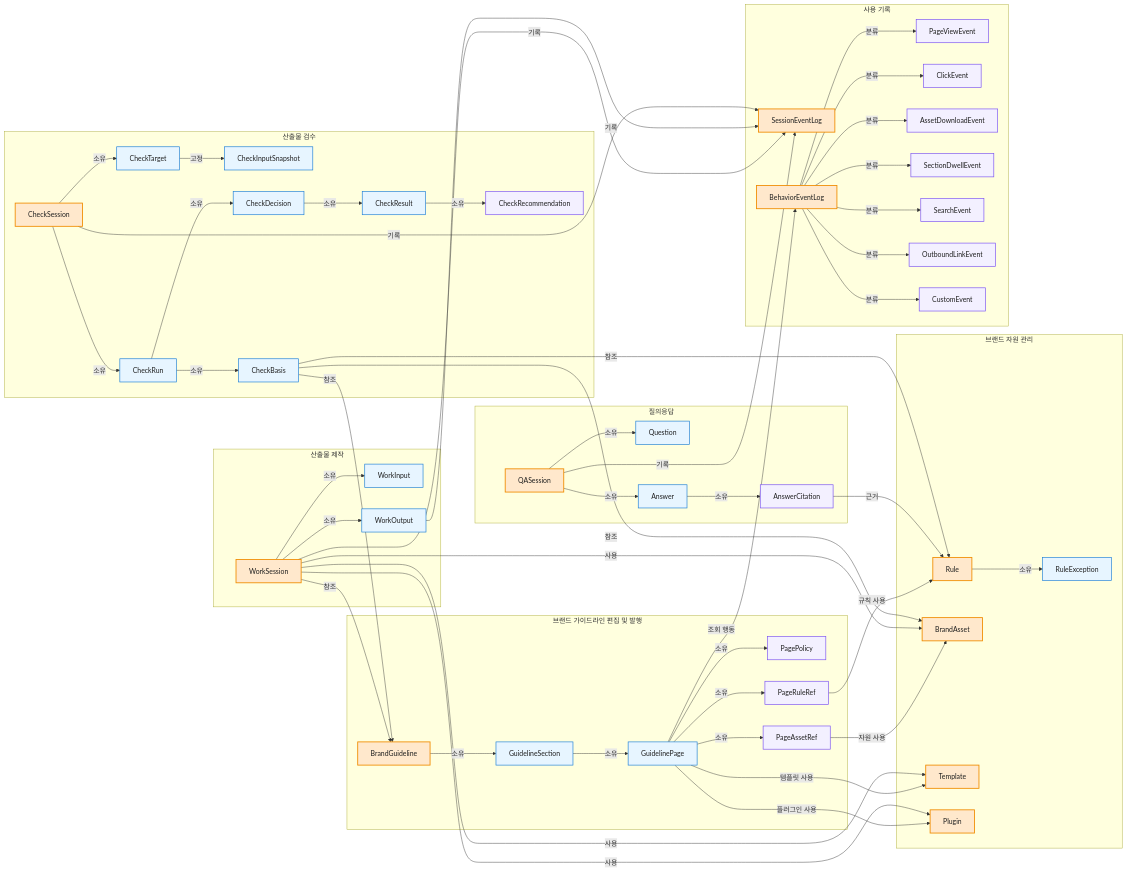
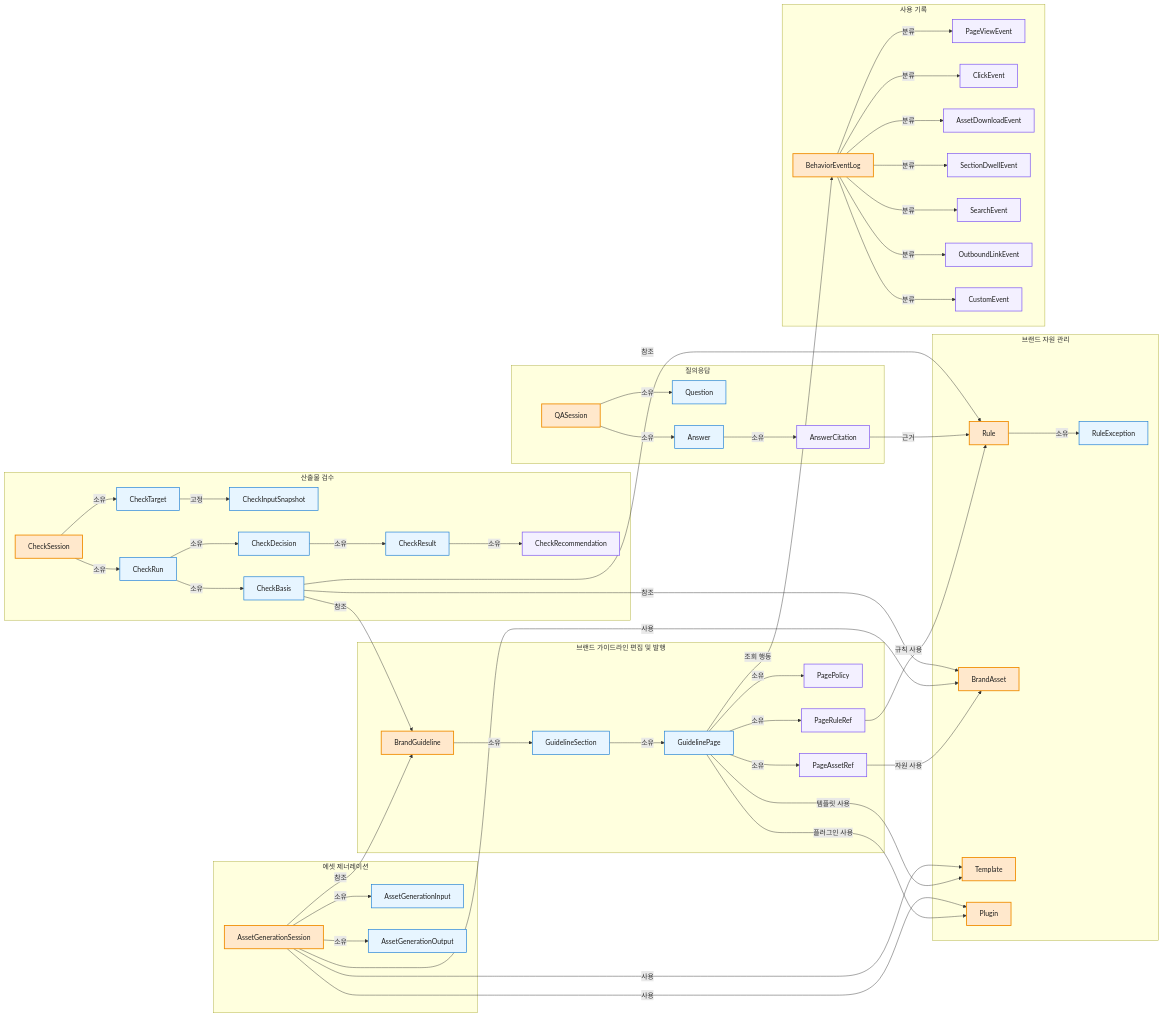
The second of 5 diagrams in docs/04-domain-model.md (ewoooo/living-brand-system), drawn with Mermaid before and after one commit. The commit also changed other lines of this file and 22 other files, not shown here.

````diff
--- a/docs/04-domain-model.md
+++ b/docs/04-domain-model.md
@@ -86,10 +86,10 @@
     Plugin["Plugin"]
   end
 
-  subgraph Production["산출물 제작"]
-    WorkSession["WorkSession"]
-    WorkInput["WorkInput"]
-    WorkOutput["WorkOutput"]
+  subgraph Production["에셋 제너레이션"]
+    AssetGenerationSession["AssetGenerationSession"]
+    AssetGenerationInput["AssetGenerationInput"]
+    AssetGenerationOutput["AssetGenerationOutput"]
   end
 
   subgraph QA["질의응답"]
@@ -111,7 +111,6 @@
   end
 
   subgraph UsageLog["사용 기록"]
-    SessionEventLog["SessionEventLog"]
     BehaviorEventLog["BehaviorEventLog"]
     PageViewEvent["PageViewEvent"]
     ClickEvent["ClickEvent"]
@@ -133,21 +132,17 @@
   GuidelinePage -->|"템플릿 사용"| Template
   GuidelinePage -->|"플러그인 사용"| Plugin
 
-  WorkSession -->|"소유"| WorkInput
-  WorkSession -->|"소유"| WorkOutput
-  WorkSession -->|"참조"| BrandGuideline
-  WorkSession -->|"사용"| BrandAsset
-  WorkSession -->|"사용"| Template
-  WorkSession -->|"사용"| Plugin
-  WorkSession -->|"기록"| SessionEventLog
-  WorkOutput -->|"기록"| SessionEventLog
+  AssetGenerationSession -->|"소유"| AssetGenerationInput
+  AssetGenerationSession -->|"소유"| AssetGenerationOutput
+  AssetGenerationSession -->|"참조"| BrandGuideline
+  AssetGenerationSession -->|"사용"| BrandAsset
+  AssetGenerationSession -->|"사용"| Template
+  AssetGenerationSession -->|"사용"| Plugin
 
   QASession -->|"소유"| Question
   QASession -->|"소유"| Answer
   Answer -->|"소유"| AnswerCitation
   AnswerCitation -->|"근거"| Rule
-  QASession -->|"기록"| SessionEventLog
-
   CheckSession -->|"소유"| CheckTarget
   CheckTarget -->|"고정"| CheckInputSnapshot
   CheckSession -->|"소유"| CheckRun
@@ -158,8 +153,6 @@
   CheckRun -->|"소유"| CheckDecision
   CheckDecision -->|"소유"| CheckResult
   CheckResult -->|"소유"| CheckRecommendation
-  CheckSession -->|"기록"| SessionEventLog
-
   GuidelinePage -->|"조회 행동"| BehaviorEventLog
   BehaviorEventLog -->|"분류"| PageViewEvent
   BehaviorEventLog -->|"분류"| ClickEvent
@@ -173,7 +166,7 @@
   classDef childEntity fill:#F3F0FF,stroke:#7950F2,stroke-width:1.5px,color:#1F1F1F;
   classDef record fill:#F1F3F5,stroke:#868E96,stroke-width:1.5px,color:#1F1F1F;
 
-  class BrandGuideline,Rule,BrandAsset,Template,Plugin,WorkSession,QASession,CheckSession,SessionEventLog,BehaviorEventLog aggregate;
-  class GuidelineSection,GuidelinePage,RuleException,WorkInput,WorkOutput,Question,Answer,CheckTarget,CheckInputSnapshot,CheckRun,CheckBasis,CheckDecision,CheckResult entity;
+  class BrandGuideline,Rule,BrandAsset,Template,Plugin,AssetGenerationSession,QASession,CheckSession,BehaviorEventLog aggregate;
+  class GuidelineSection,GuidelinePage,RuleException,AssetGenerationInput,AssetGenerationOutput,Question,Answer,CheckTarget,CheckInputSnapshot,CheckRun,CheckBasis,CheckDecision,CheckResult entity;
   class PagePolicy,PageRuleRef,PageAssetRef,AnswerCitation,CheckRecommendation,PageViewEvent,ClickEvent,AssetDownloadEvent,SectionDwellEvent,SearchEvent,OutboundLinkEvent,CustomEvent childEntity;
 ```
````
